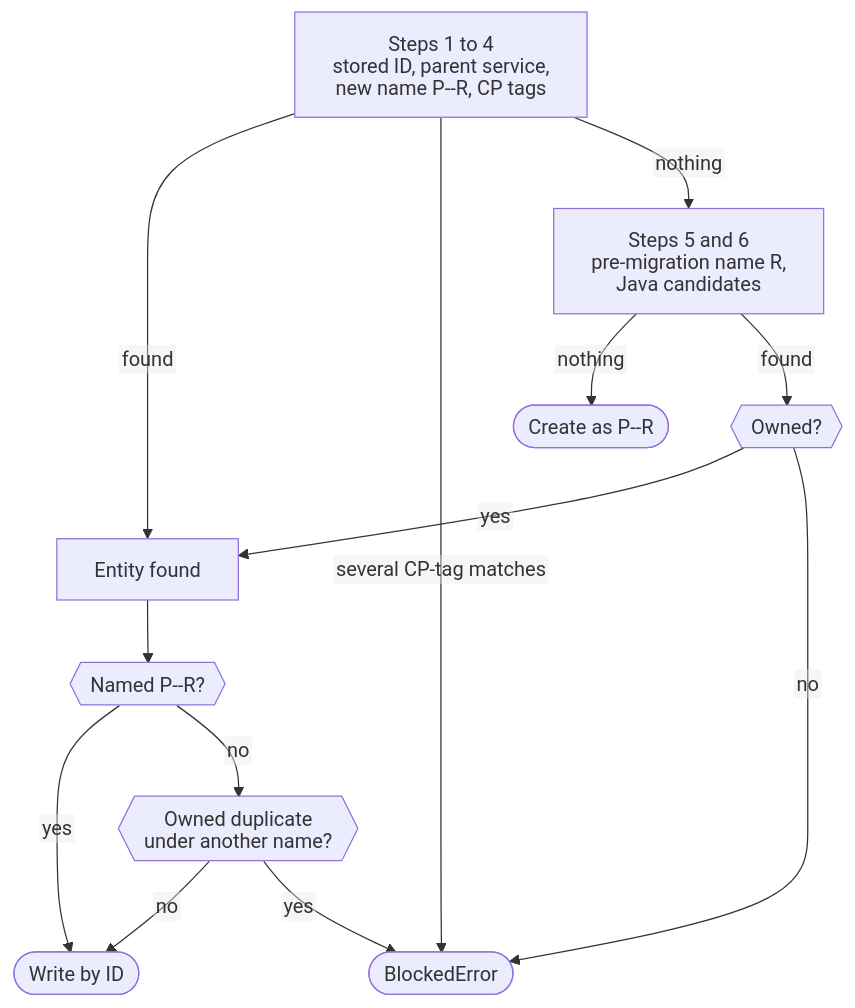
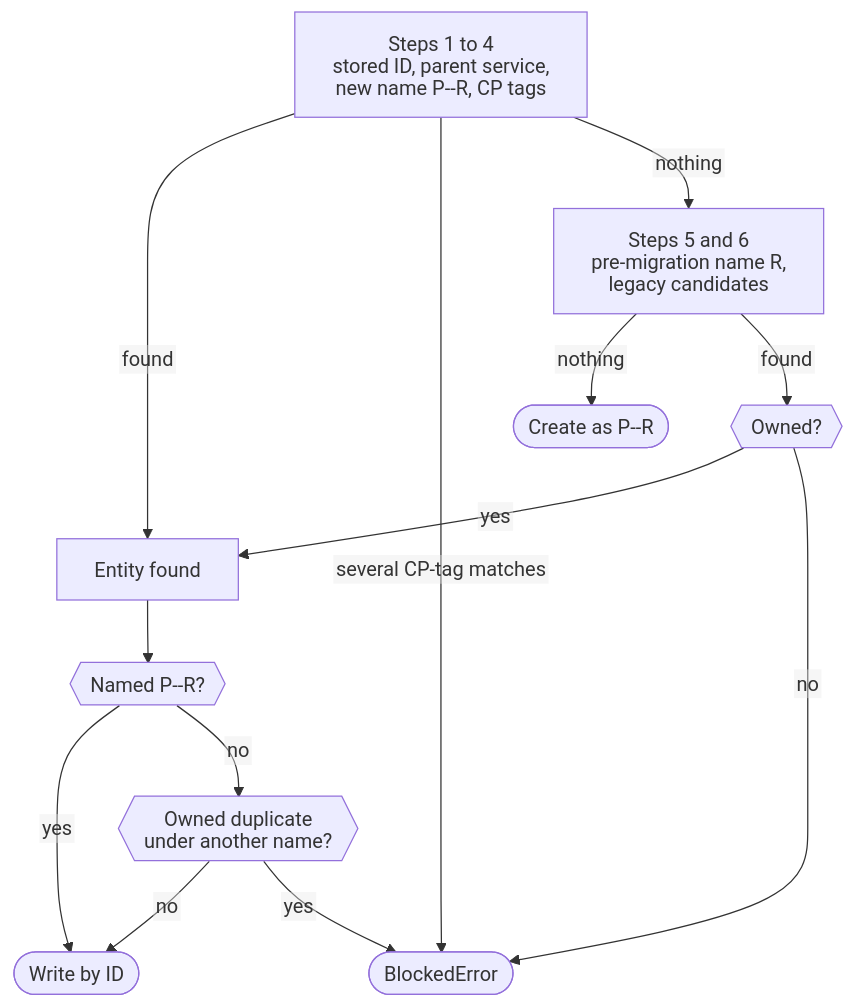
Before and after one commit to telekom/controlplane: the diagram in docs/docs/architecture/gateway-realm-migration.mdx, drawn with Mermaid. The commit also changed other lines of this file and 34 other files, not shown here.

````diff
--- a/docs/docs/architecture/gateway-realm-migration.mdx
+++ b/docs/docs/architecture/gateway-realm-migration.mdx
@@ -30,26 +30,26 @@
 ```mermaid
 ---
 config:
   htmlLabels: false
   flowchart:
     htmlLabels: false
 ---
 flowchart TD
     A["Steps 1 to 4
     stored ID, parent service,
     new name P--R, CP tags"] -->|found| Found
     A -->|several CP-tag matches| Blocked
     A -->|nothing| L["Steps 5 and 6
     pre-migration name R,
-    Java candidates"]
+    legacy candidates"]
     L -->|nothing| Create(["Create as P--R"])
     L -->|found| Own{{"Owned?"}}
     Own -->|yes| Found
     Own -->|no| Blocked(["BlockedError"])
     Found["Entity found"] --> Named{{"Named P--R?"}}
     Named -->|yes| Write(["Write by ID"])
     Named -->|no| Dup{{"Owned duplicate
     under another name?"}}
     Dup -->|no| Write
     Dup -->|yes| Blocked
 ```
````
